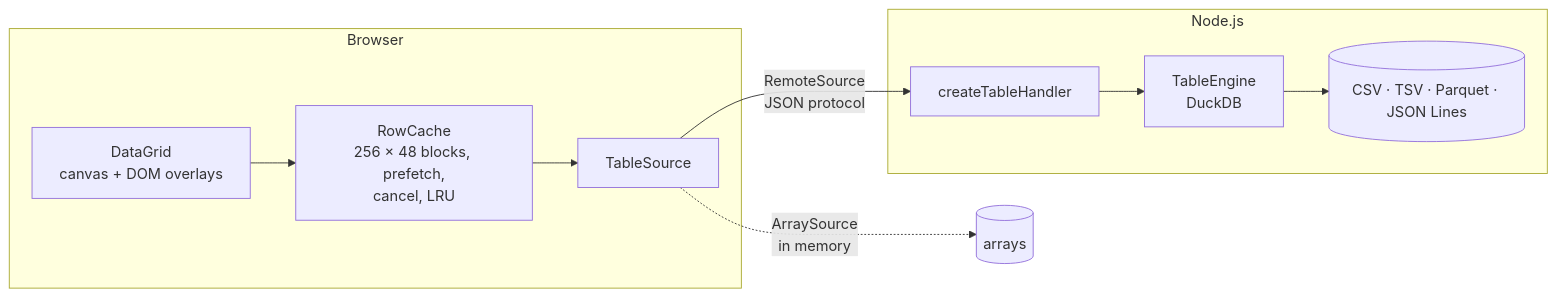
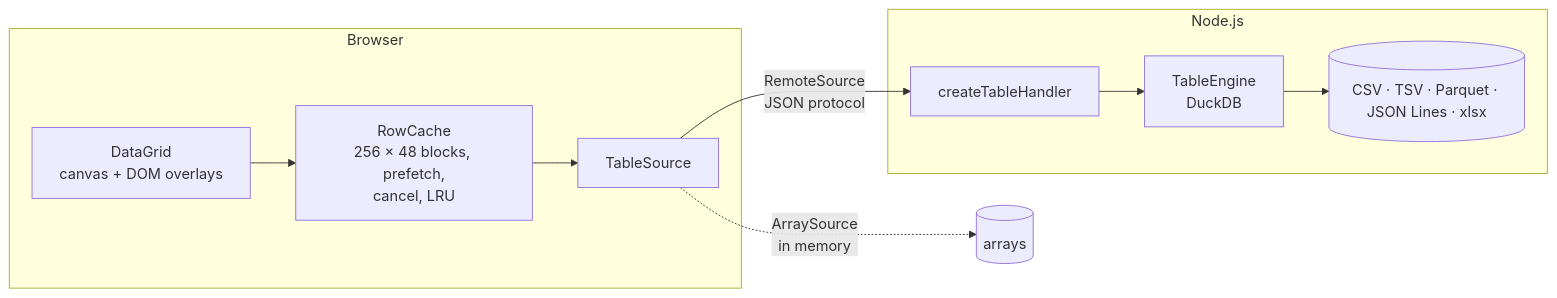
One commit to yhay81/vastgrid changed the diagram in README.md. Above: the diagram before and after it, drawn with Mermaid. The commit also changed other lines of this file and 25 other files, not shown here.

````diff
--- a/README.md
+++ b/README.md
@@ -167,13 +167,13 @@
 ```mermaid
 flowchart LR
   subgraph Browser
     Grid["DataGrid<br/>canvas + DOM overlays"] --> Cache["RowCache<br/>256 × 48 blocks, prefetch,<br/>cancel, LRU"]
     Cache --> Source["TableSource"]
   end
   Source -- "RemoteSource<br/>JSON protocol" --> Handler["createTableHandler"]
   Source -. "ArraySource<br/>in memory" .-> Memory[(arrays)]
   subgraph Server["Node.js"]
     Handler --> Engine["TableEngine<br/>DuckDB"]
-    Engine --> Files[(CSV · TSV · Parquet · JSON Lines)]
+    Engine --> Files[(CSV · TSV · Parquet · JSON Lines · xlsx)]
   end
 ```
````
